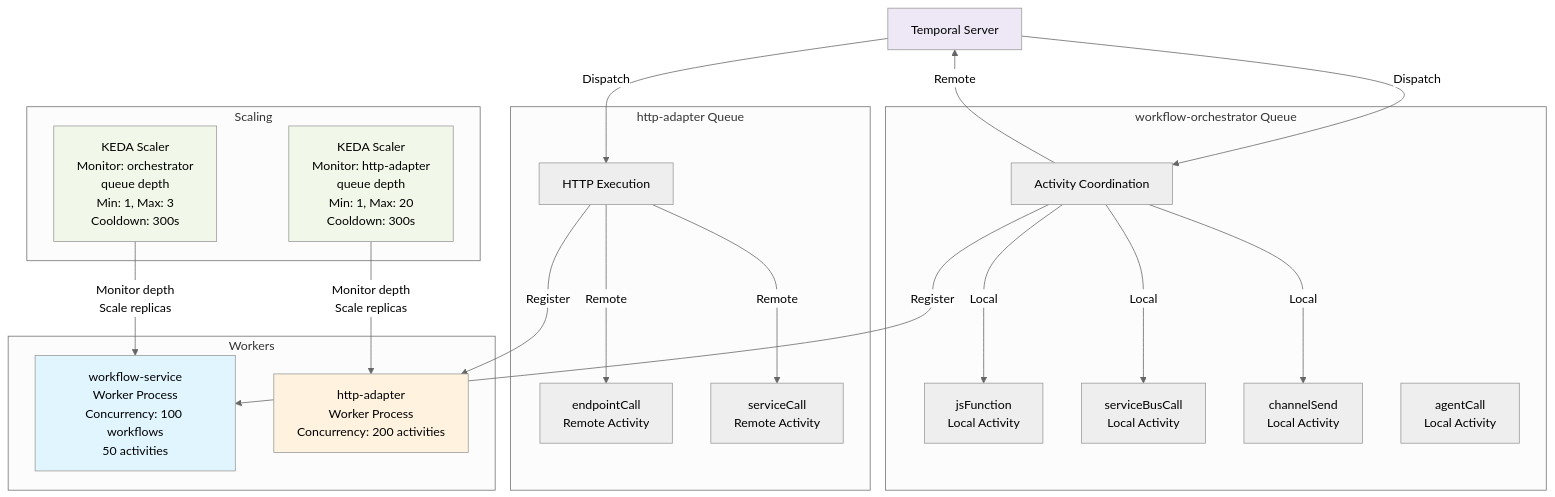
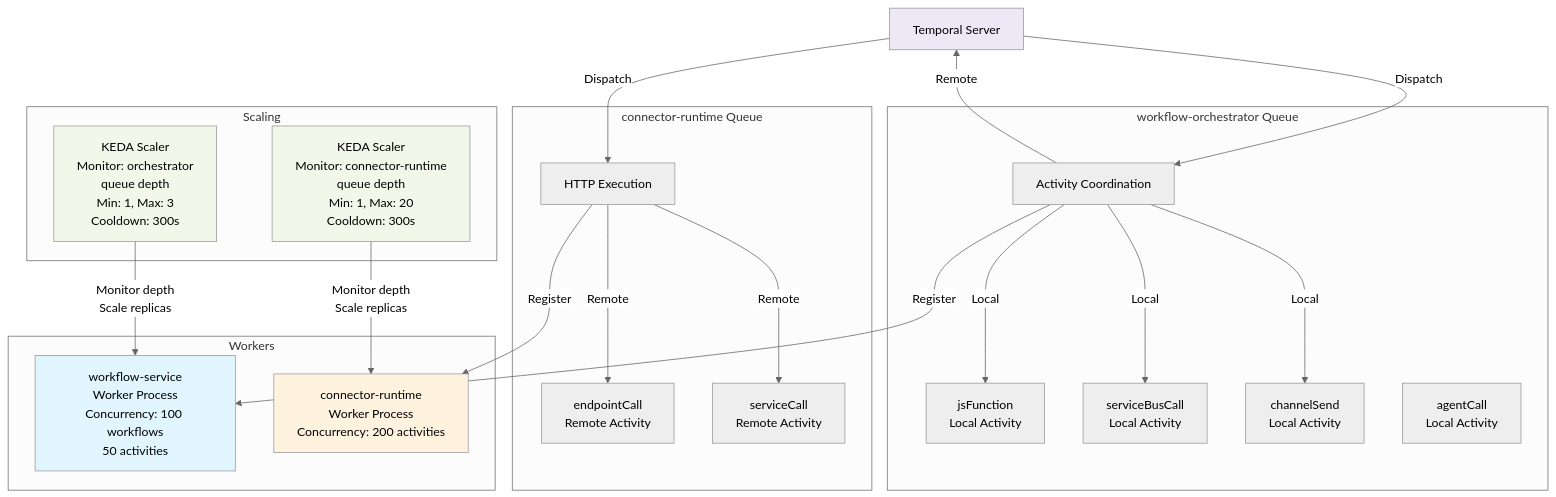
Before and after one commit to ccarnero/colloqui: the fifth of 8 diagrams in DOCS/11-SERVICE-ARCHITECTURE-DIAGRAM.md, drawn with Mermaid (neutral theme). The commit also changed other lines of this file and 418 other files, not shown here.

First line of the commit message:
Merged PR 3855: Remove services. Rename http-adapter/adapter-service. Update docs

````diff
--- a/DOCS/11-SERVICE-ARCHITECTURE-DIAGRAM.md
+++ b/DOCS/11-SERVICE-ARCHITECTURE-DIAGRAM.md
@@ -266,50 +266,50 @@
 ```mermaid
 graph TB
     TEMPORAL["Temporal Server"]
     
     subgraph "workflow-orchestrator Queue"
         COORD["Activity Coordination"]
         JS["jsFunction<br/>Local Activity"]
         SB["serviceBusCall<br/>Local Activity"]
         CH["channelSend<br/>Local Activity"]
         AG["agentCall<br/>Local Activity"]
     end
     
-    subgraph "http-adapter Queue"
+    subgraph "connector-runtime Queue"
         HTTP["HTTP Execution"]
         EP["endpointCall<br/>Remote Activity"]
         SC["serviceCall<br/>Remote Activity"]
     end
-    
+
     subgraph "Workers"
         WFW["workflow-service<br/>Worker Process<br/>Concurrency: 100 workflows<br/>50 activities"]
-        HAW["http-adapter<br/>Worker Process<br/>Concurrency: 200 activities"]
+        HAW["connector-runtime<br/>Worker Process<br/>Concurrency: 200 activities"]
     end
-    
+
     subgraph "Scaling"
         KEDA_WF["KEDA Scaler<br/>Monitor: orchestrator<br/>queue depth<br/>Min: 1, Max: 3<br/>Cooldown: 300s"]
-        KEDA_HA["KEDA Scaler<br/>Monitor: http-adapter<br/>queue depth<br/>Min: 1, Max: 20<br/>Cooldown: 300s"]
+        KEDA_HA["KEDA Scaler<br/>Monitor: connector-runtime<br/>queue depth<br/>Min: 1, Max: 20<br/>Cooldown: 300s"]
     end
     
     TEMPORAL -->|Dispatch| COORD
     COORD -->|Local| JS
     COORD -->|Local| SB
     COORD -->|Local| CH
     COORD -->|Remote| TEMPORAL
     
     TEMPORAL -->|Dispatch| HTTP
     HTTP -->|Remote| EP
     HTTP -->|Remote| SC
     
     COORD -->|Register| WFW
     HTTP -->|Register| HAW
     
     KEDA_WF -->|Monitor depth<br/>Scale replicas| WFW
     KEDA_HA -->|Monitor depth<br/>Scale replicas| HAW
     
     style TEMPORAL fill:#ede7f6
     style WFW fill:#e1f5ff
     style HAW fill:#fff3e0
     style KEDA_WF fill:#f1f8e9
     style KEDA_HA fill:#f1f8e9
 ```
````
